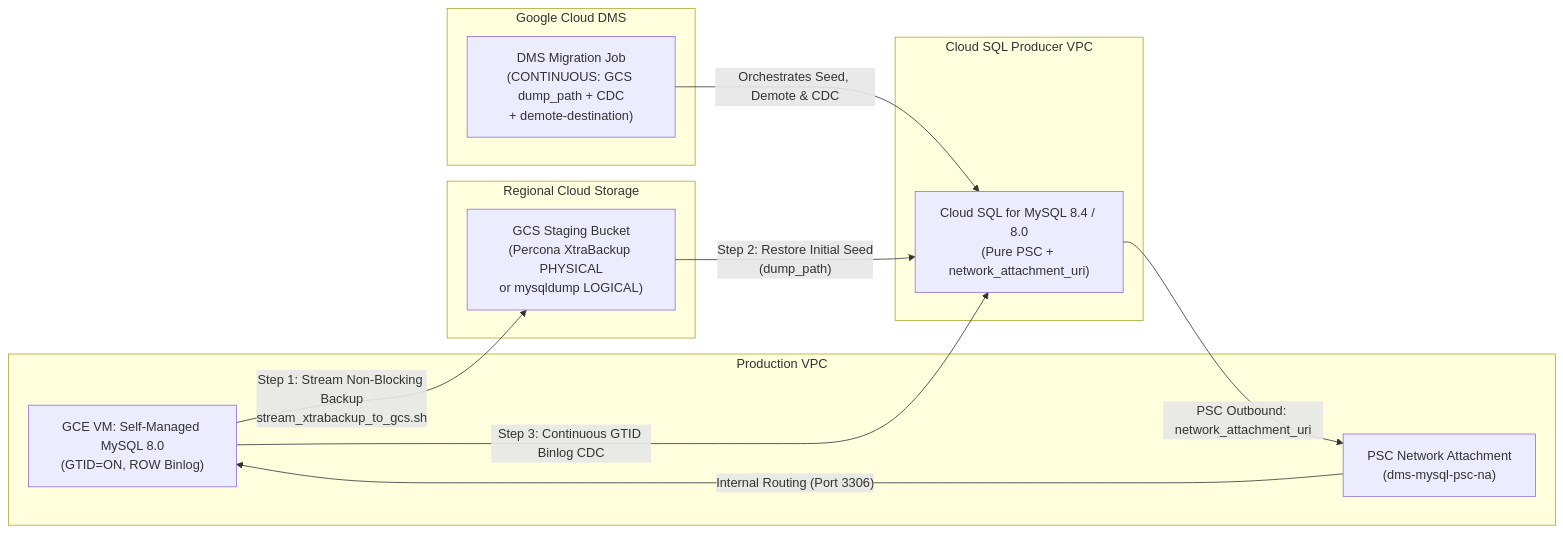
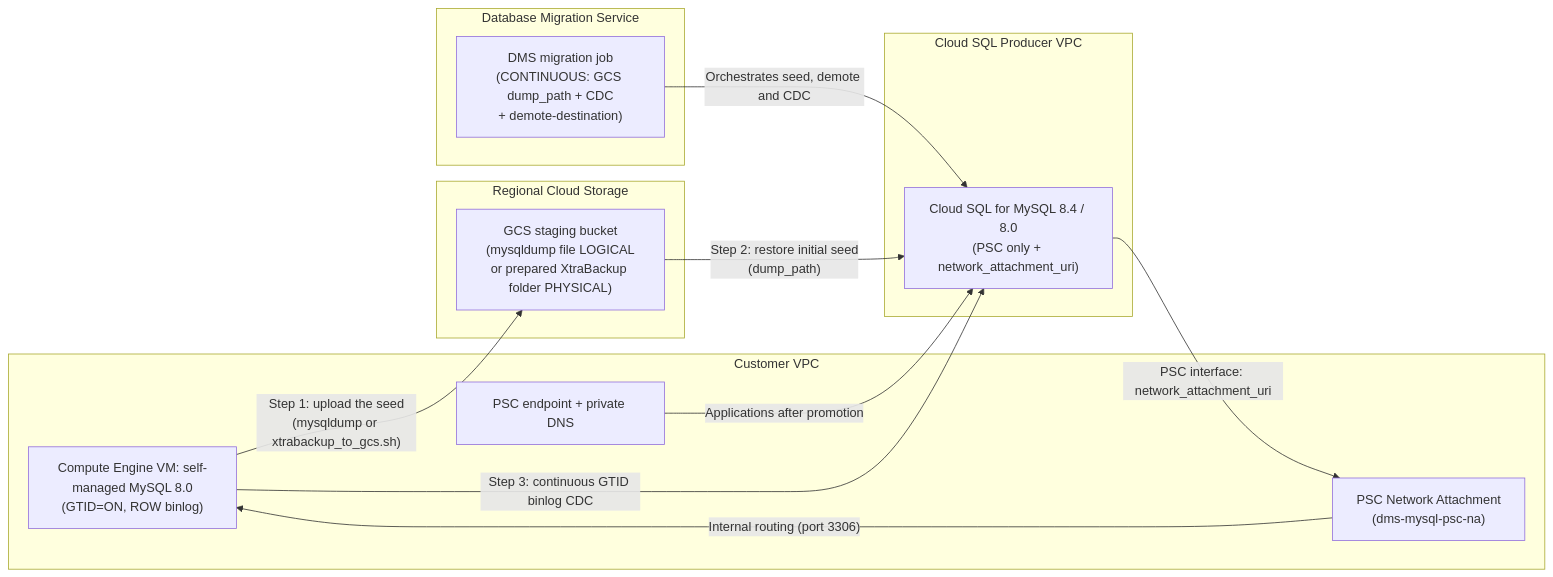
One commit to kkmbryan/cloud-dms-templates changed the diagram in templates/02-backup-migration-gcs-cdc/README.md. Above: the diagram before and after it, drawn with Mermaid. The commit also changed other lines of this file and 51 other files, not shown here.

First line of the commit message:
fix: Scenario 2 support matrix, XtraBackup folder seed, bucket IAM, PSC endpoint and native DMS profiles (#4)

````diff
--- a/templates/02-backup-migration-gcs-cdc/README.md
+++ b/templates/02-backup-migration-gcs-cdc/README.md
@@ -19,26 +27,28 @@
 ```mermaid
 flowchart LR
-    subgraph GCE_VPC["Production VPC"]
-        GCE["GCE VM: Self-Managed MySQL 8.0<br/>(GTID=ON, ROW Binlog)"]
+    subgraph GCE_VPC["Customer VPC"]
+        GCE["Compute Engine VM: self-managed MySQL 8.0<br/>(GTID=ON, ROW binlog)"]
         NA["PSC Network Attachment<br/>(dms-mysql-psc-na)"]
+        EP["PSC endpoint + private DNS"]
     end
 
     subgraph GCS_Stage["Regional Cloud Storage"]
-        GCS["GCS Staging Bucket<br/>(Percona XtraBackup PHYSICAL<br/>or mysqldump LOGICAL)"]
+        GCS["GCS staging bucket<br/>(mysqldump file LOGICAL<br/>or prepared XtraBackup folder PHYSICAL)"]
     end
 
-    subgraph DMS_Control["Google Cloud DMS"]
-        JOB["DMS Migration Job<br/>(CONTINUOUS: GCS dump_path + CDC<br/>+ demote-destination)"]
+    subgraph DMS_Control["Database Migration Service"]
+        JOB["DMS migration job<br/>(CONTINUOUS: GCS dump_path + CDC<br/>+ demote-destination)"]
     end
 
     subgraph CloudSQL_Producer["Cloud SQL Producer VPC"]
-        CSQL["Cloud SQL for MySQL 8.4 / 8.0<br/>(Pure PSC + network_attachment_uri)"]
+        CSQL["Cloud SQL for MySQL 8.4 / 8.0<br/>(PSC only + network_attachment_uri)"]
     end
 
-    GCE -->|"Step 1: Stream Non-Blocking Backup<br/>stream_xtrabackup_to_gcs.sh"| GCS
-    GCS -->|"Step 2: Restore Initial Seed<br/>(dump_path)"| CSQL
-    CSQL -->|"PSC Outbound: network_attachment_uri"| NA
-    NA -->|"Internal Routing (Port 3306)"| GCE
-    GCE -->|"Step 3: Continuous GTID Binlog CDC"| CSQL
-    JOB -->|"Orchestrates Seed, Demote & CDC"| CSQL
+    GCE -->|"Step 1: upload the seed<br/>(mysqldump or xtrabackup_to_gcs.sh)"| GCS
+    GCS -->|"Step 2: restore initial seed<br/>(dump_path)"| CSQL
+    CSQL -->|"PSC interface: network_attachment_uri"| NA
+    NA -->|"Internal routing (port 3306)"| GCE
+    GCE -->|"Step 3: continuous GTID binlog CDC"| CSQL
+    JOB -->|"Orchestrates seed, demote and CDC"| CSQL
+    EP -->|"Applications after promotion"| CSQL
 ```
````
